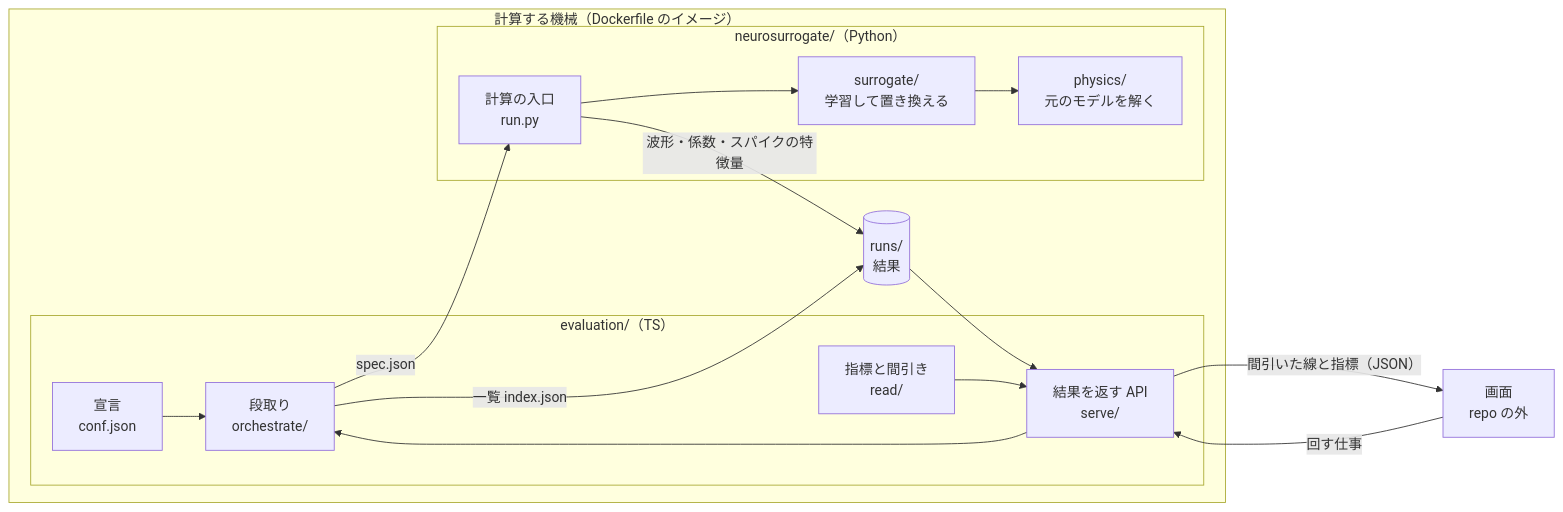
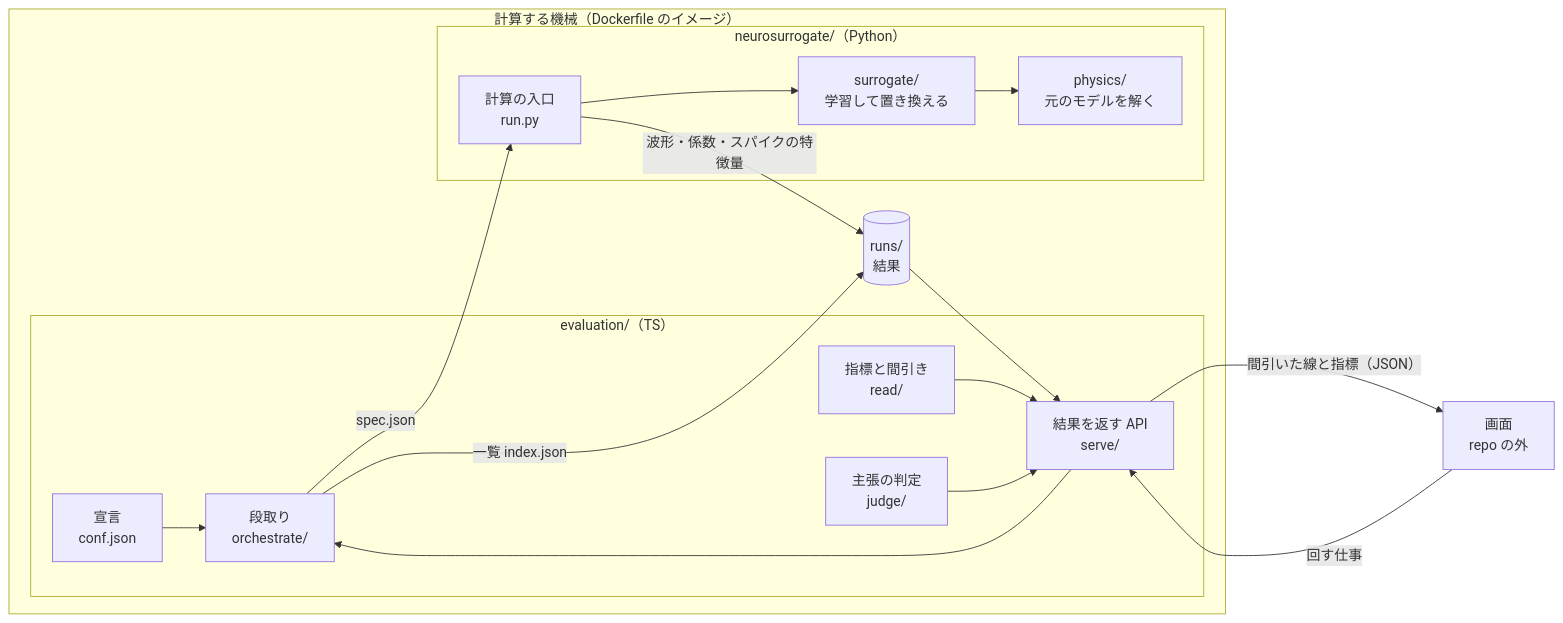
One commit to MunechikaHaruki/SINDyNeuroSurrogate changed the first of 3 diagrams in README.md. Above: the diagram before and after it, drawn with Mermaid. The commit also changed other lines of this file and 9 other files, not shown here.

````diff
--- a/README.md
+++ b/README.md
@@ -11,29 +11,31 @@
 ```mermaid
 flowchart LR
   subgraph machine["計算する機械（Dockerfile のイメージ）"]
     subgraph ts["evaluation/（TS）"]
       conf["宣言<br/>conf.json"]
       orch["段取り<br/>orchestrate/"]
       serve["結果を返す API<br/>serve/"]
       read["指標と間引き<br/>read/"]
+      judge["主張の判定<br/>judge/"]
     end
     subgraph py["neurosurrogate/（Python）"]
       entry["計算の入口<br/>run.py"]
       surr["surrogate/<br/>学習して置き換える"]
       phys["physics/<br/>元のモデルを解く"]
     end
     runs[("runs/<br/>結果")]
   end
   view["画面<br/>repo の外"]
   conf --> orch
   orch -- "spec.json" --> entry
   entry --> surr
   surr --> phys
   entry -- "波形・係数・スパイクの特徴量" --> runs
   orch -- "一覧 index.json" --> runs
   runs --> serve
   read --> serve
+  judge --> serve
   serve -- "間引いた線と指標（JSON）" --> view
   view -- "回す仕事" --> serve
   serve --> orch
 ```
````
